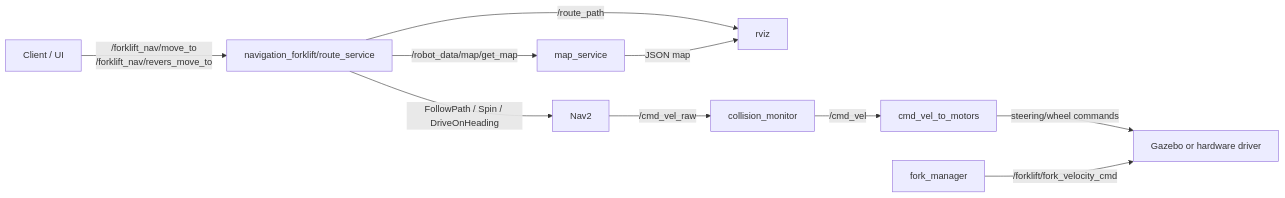
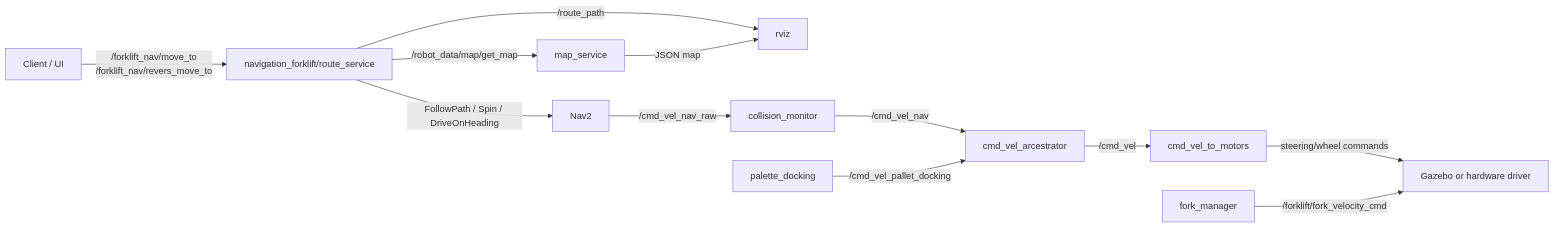
Before and after one commit to ilya-kkk/forklift_test: the diagram in README.md, drawn with Mermaid. The commit also changed other lines of this file and 15 other files, not shown here.

Commit message:
add cmd vel arcestrator

````diff
--- a/README.md
+++ b/README.md
@@ -24,12 +24,14 @@
 ```mermaid
 flowchart LR
   U[Client / UI] -->|/forklift_nav/move_to<br/>/forklift_nav/revers_move_to| RS[navigation_forklift/route_service]
   RS -->|/robot_data/map/get_map| MS[map_service]
   RS -->|/route_path| RV[rviz]
   RS -->|FollowPath / Spin / DriveOnHeading| N2[Nav2]
-  N2 -->|/cmd_vel_raw| CM[collision_monitor]
-  CM -->|/cmd_vel| CVM[cmd_vel_to_motors]
+  N2 -->|/cmd_vel_nav_raw| CM[collision_monitor]
+  CM -->|/cmd_vel_nav| AR[cmd_vel_arcestrator]
+  PD[palette_docking] -->|/cmd_vel_pallet_docking| AR
+  AR -->|/cmd_vel| CVM[cmd_vel_to_motors]
   CVM -->|steering/wheel commands| HW[Gazebo or hardware driver]
   FM[fork_manager] -->|/forklift/fork_velocity_cmd| HW
   MS -->|JSON map| RV
 ```
````
